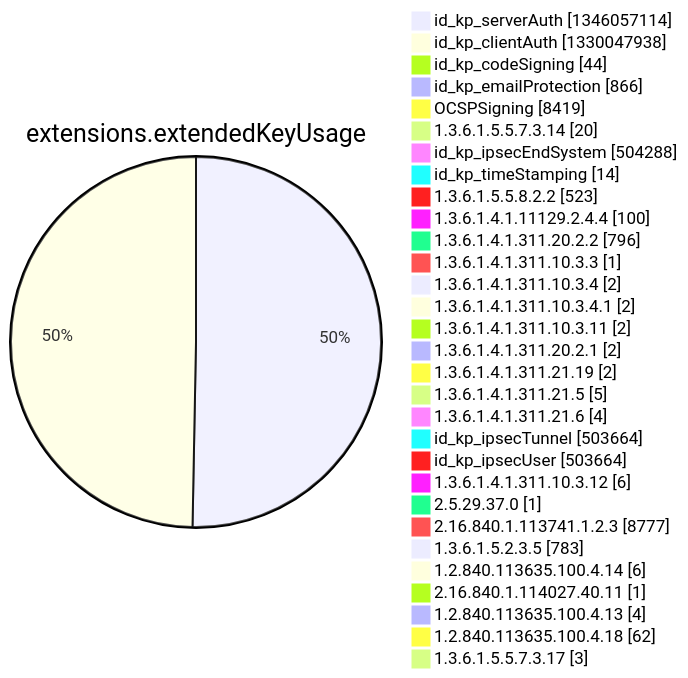
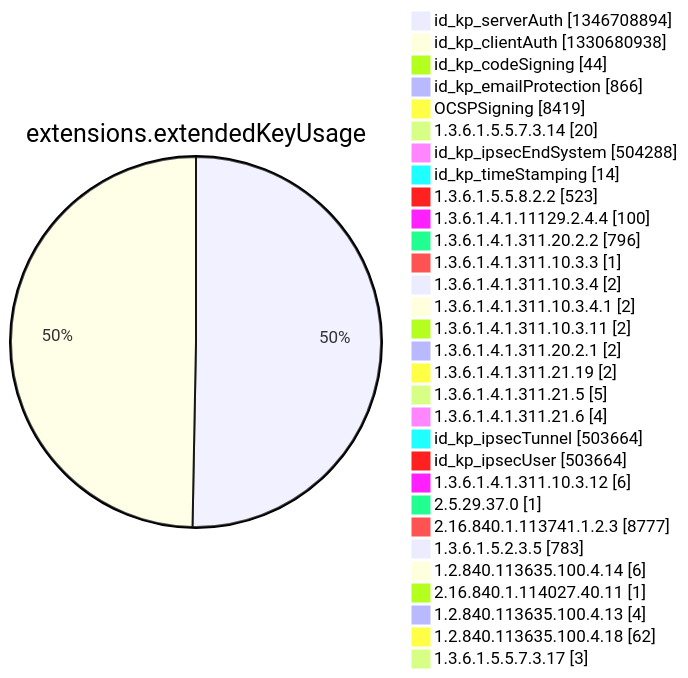
Diagram 12 of 15 in argon2022/README.md (christiankrug/ctmonitor_visualization), drawn with Mermaid before and after one commit. The commit also changed other lines of this file, not shown here.

````diff
--- a/argon2022/README.md
+++ b/argon2022/README.md
@@ -3553,34 +3553,34 @@
 ```mermaid
 pie showData
 title extensions.extendedKeyUsage
-"id_kp_serverAuth" :1346057114
-"id_kp_clientAuth" :1330047938
+"id_kp_serverAuth" :1346708894
+"id_kp_clientAuth" :1330680938
 "id_kp_codeSigning" :44
 "id_kp_emailProtection" :866
 "OCSPSigning" :8419
 "1.3.6.1.5.5.7.3.14" :20
 "id_kp_ipsecEndSystem" :504288
 "id_kp_timeStamping" :14
 "1.3.6.1.5.5.8.2.2" :523
 "1.3.6.1.4.1.11129.2.4.4" :100
 "1.3.6.1.4.1.311.20.2.2" :796
 "1.3.6.1.4.1.311.10.3.3" :1
 "1.3.6.1.4.1.311.10.3.4" :2
 "1.3.6.1.4.1.311.10.3.4.1" :2
 "1.3.6.1.4.1.311.10.3.11" :2
 "1.3.6.1.4.1.311.20.2.1" :2
 "1.3.6.1.4.1.311.21.19" :2
 "1.3.6.1.4.1.311.21.5" :5
 "1.3.6.1.4.1.311.21.6" :4
 "id_kp_ipsecTunnel" :503664
 "id_kp_ipsecUser" :503664
 "1.3.6.1.4.1.311.10.3.12" :6
 "2.5.29.37.0" :1
 "2.16.840.1.113741.1.2.3" :8777
 "1.3.6.1.5.2.3.5" :783
 "1.2.840.113635.100.4.14" :6
 "2.16.840.1.114027.40.11" :1
 "1.2.840.113635.100.4.13" :4
 "1.2.840.113635.100.4.18" :62
 "1.3.6.1.5.5.7.3.17" :3
 ```
````
